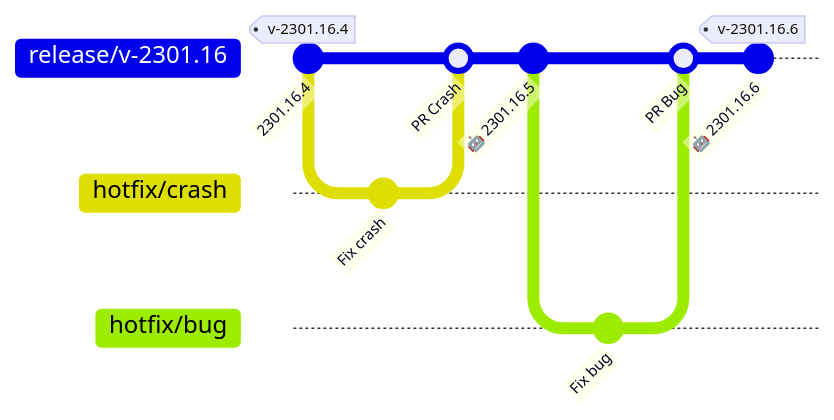
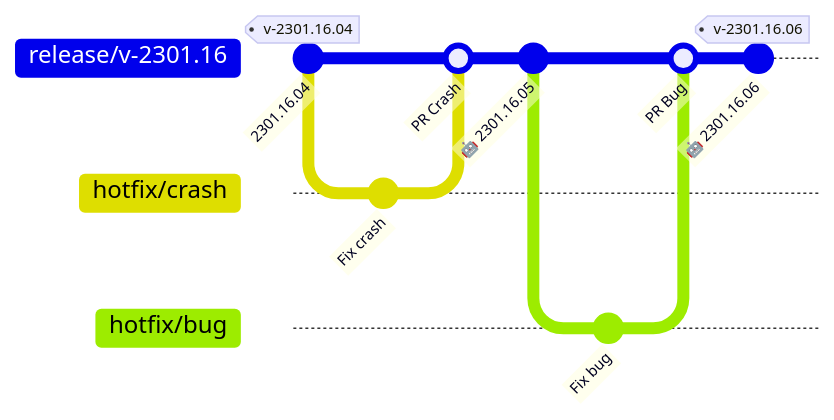
Before and after one commit to okmanideep/app-branching-strategy: the third of 4 diagrams in README.md, drawn with Mermaid. The commit also changed other lines of this file and 2 other files, not shown here.

````diff
--- a/README.md
+++ b/README.md
@@ -133,17 +133,17 @@
 ```mermaid
 %%{init: { 'gitGraph': {'mainBranchName': 'release/v-2301.16', 'showCommitLabel': true}} }%%
 
 gitGraph
-	commit id: "2301.16.4" tag: "v-2301.16.4"
+	commit id: "2301.16.04" tag: "v-2301.16.04"
 	branch hotfix/crash
 	commit id: "Fix crash"
 	checkout release/v-2301.16
 	merge hotfix/crash id: "PR Crash"
-	commit id: "🤖 2301.16.5"
+	commit id: "🤖 2301.16.05"
 	branch hotfix/bug
 	commit id: "Fix bug"
 	checkout release/v-2301.16
 	merge hotfix/bug id: "PR Bug"
-	commit id: "🤖 2301.16.6" tag: "v-2301.16.6"
+	commit id: "🤖 2301.16.06" tag: "v-2301.16.06"
 
 ```
````
